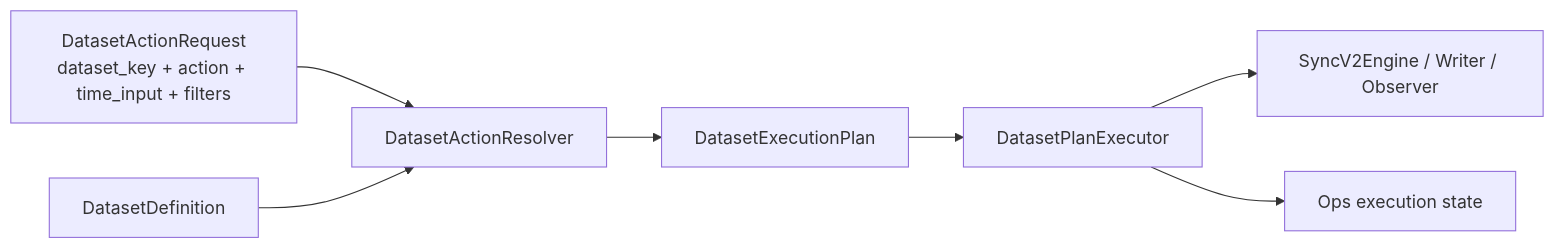
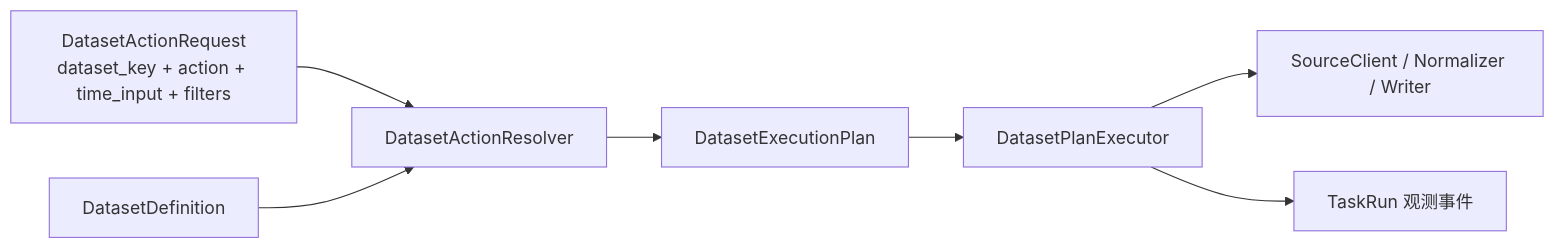
One commit to chiuser/goldenshare changed the first of 3 diagrams in docs/architecture/dataset-execution-plan-refactor-plan-v1.md. Above: the diagram before and after it, drawn with Mermaid. The commit also changed other lines of this file and 7 other files, not shown here.

````diff
--- a/docs/architecture/dataset-execution-plan-refactor-plan-v1.md
+++ b/docs/architecture/dataset-execution-plan-refactor-plan-v1.md
@@ -182,9 +182,9 @@
 ```mermaid
 flowchart LR
   A["DatasetActionRequest<br/>dataset_key + action + time_input + filters"] --> B["DatasetActionResolver"]
   C["DatasetDefinition"] --> B
   B --> D["DatasetExecutionPlan"]
   D --> E["DatasetPlanExecutor"]
-  E --> F["SyncV2Engine / Writer / Observer"]
-  E --> G["Ops execution state"]
+  E --> F["SourceClient / Normalizer / Writer"]
+  E --> G["TaskRun 观测事件"]
 ```
````
